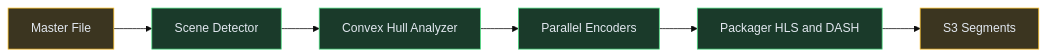
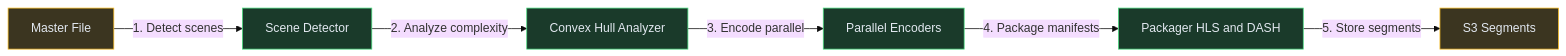
Before and after one commit to iluzn/HLD-Designs: the eighth of 10 diagrams in content/hld/Netflix.md, drawn with Mermaid (base theme). The commit also changed other lines of this file and 27 other files, not shown here.

````diff
--- a/content/hld/Netflix.md
+++ b/content/hld/Netflix.md
@@ -453,18 +453,18 @@
 ```mermaid
 flowchart LR
     Master["Master File"]:::data
     SD["Scene Detector"]:::service
     CH["Convex Hull Analyzer"]:::service
     ENC["Parallel Encoders"]:::service
     PKG["Packager HLS and DASH"]:::service
     S3["S3 Segments"]:::data
 
-    Master --> SD
-    SD --> CH
-    CH --> ENC
-    ENC --> PKG
-    PKG --> S3
+    Master -->|"1. Detect scenes"| SD
+    SD -->|"2. Analyze complexity"| CH
+    CH -->|"3. Encode parallel"| ENC
+    ENC -->|"4. Package manifests"| PKG
+    PKG -->|"5. Store segments"| S3
 
     classDef service fill:#1a3a2a,stroke:#4ade80,color:#e2e8f0
     classDef data fill:#3b3520,stroke:#fbbf24,color:#e2e8f0
 ```
````
